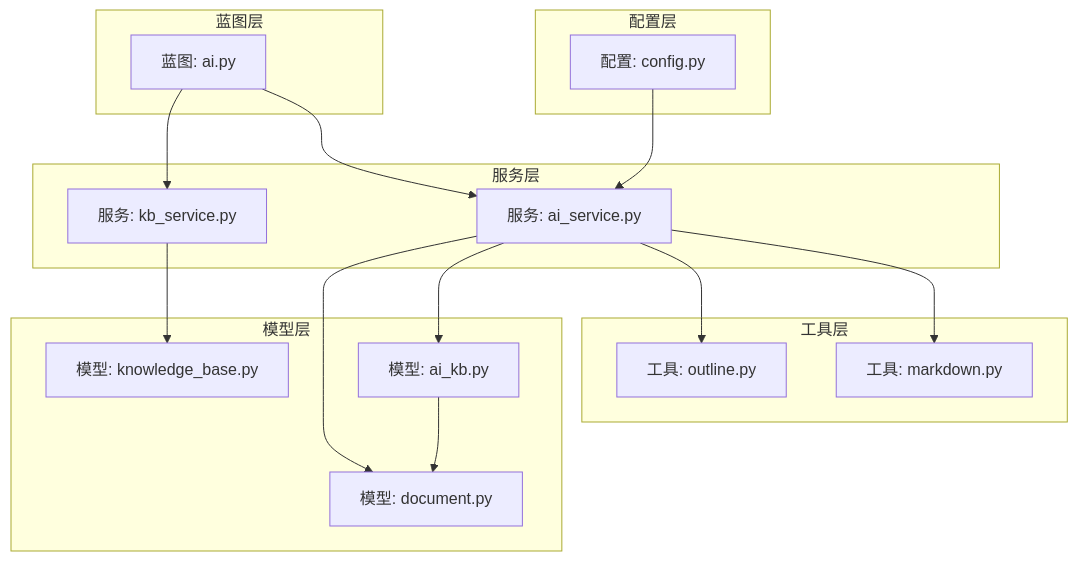
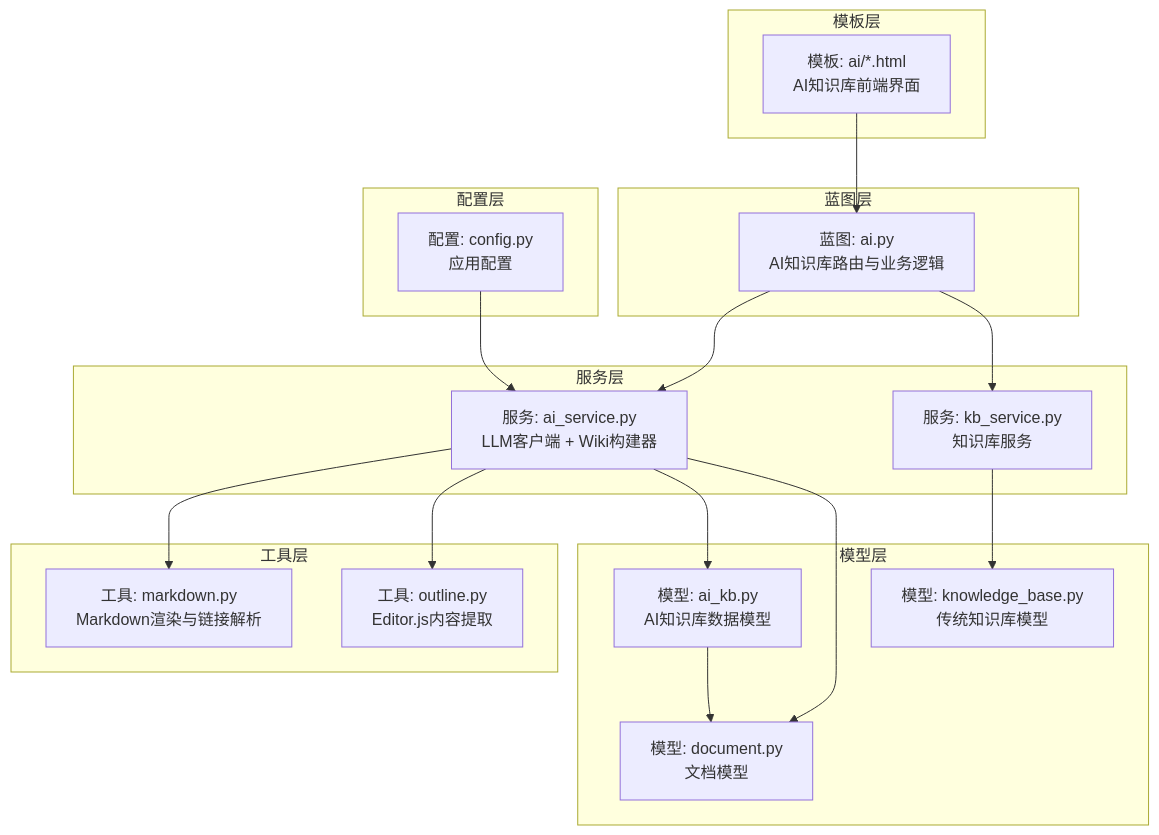
Before and after one commit to beyondalbert/my_wiki: the first of 7 diagrams in .qoder/repowiki/zh/content/核心模块/AI知识库模块/AI知识库模块.md, drawn with Mermaid. The commit also changed other lines of this file and 10 other files, not shown here.

````diff
--- a/.qoder/repowiki/zh/content/核心模块/AI知识库模块/AI知识库模块.md
+++ b/.qoder/repowiki/zh/content/核心模块/AI知识库模块/AI知识库模块.md
@@ -39,31 +57,35 @@
 ```mermaid
 graph TB
 subgraph "蓝图层"
-BP_AI["蓝图: ai.py"]
+BP_AI["蓝图: ai.py<br/>AI知识库路由与业务逻辑"]
 end
 subgraph "服务层"
-SVC_AI["服务: ai_service.py"]
-SVC_KB["服务: kb_service.py"]
+SVC_AI["服务: ai_service.py<br/>LLM客户端 + Wiki构建器"]
+SVC_KB["服务: kb_service.py<br/>知识库服务"]
 end
 subgraph "工具层"
-U_MD["工具: markdown.py"]
-U_OUT["工具: outline.py"]
+U_MD["工具: markdown.py<br/>Markdown渲染与链接解析"]
+U_OUT["工具: outline.py<br/>Editor.js内容提取"]
 end
 subgraph "模型层"
-M_AIKB["模型: ai_kb.py"]
-M_KB["模型: knowledge_base.py"]
-M_DOC["模型: document.py"]
+M_AIKB["模型: ai_kb.py<br/>AI知识库数据模型"]
+M_KB["模型: knowledge_base.py<br/>传统知识库模型"]
+M_DOC["模型: document.py<br/>文档模型"]
 end
 subgraph "配置层"
-CFG["配置: config.py"]
+CFG["配置: config.py<br/>应用配置"]
+end
+subgraph "模板层"
+TPL_AI["模板: ai/*.html<br/>AI知识库前端界面"]
 end
 BP_AI --> SVC_AI
 BP_AI --> SVC_KB
 SVC_AI --> U_MD
 SVC_AI --> U_OUT
 SVC_AI --> M_AIKB
 SVC_AI --> M_DOC
 SVC_KB --> M_KB
 M_AIKB --> M_DOC
 CFG --> SVC_AI
+TPL_AI --> BP_AI
 ```
````
